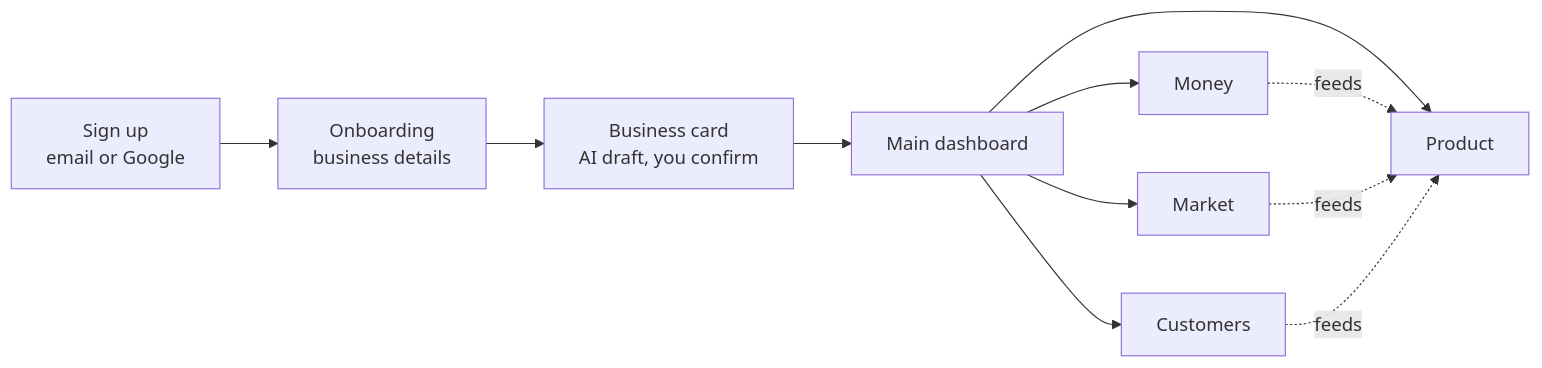
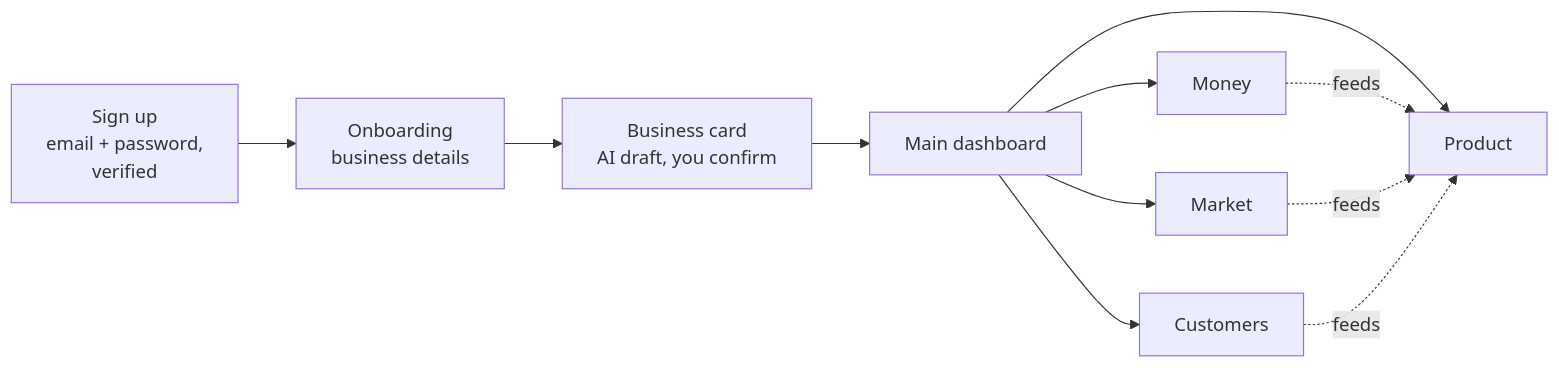
Before and after one commit to Niranjan-cyber/rivallens: the first of 4 diagrams in docs/deck/PPT-CONTENT.md, drawn with Mermaid. The commit also changed other lines of this file and 6 other files, not shown here.

Commit message:
B14a: email and password only (Google sign-in removed, D-82)

````diff
--- a/docs/deck/PPT-CONTENT.md
+++ b/docs/deck/PPT-CONTENT.md
@@ -68,13 +68,13 @@
 ```mermaid
 flowchart LR
-  A[Sign up<br/>email or Google] --> B[Onboarding<br/>business details]
+  A[Sign up<br/>email + password,<br/>verified] --> B[Onboarding<br/>business details]
   B --> C[Business card<br/>AI draft, you confirm]
   C --> D[Main dashboard]
   D --> P[Product]
   D --> M[Money]
   D --> K[Market]
   D --> U[Customers]
   M -.feeds.-> P
   K -.feeds.-> P
   U -.feeds.-> P
 ```
````
